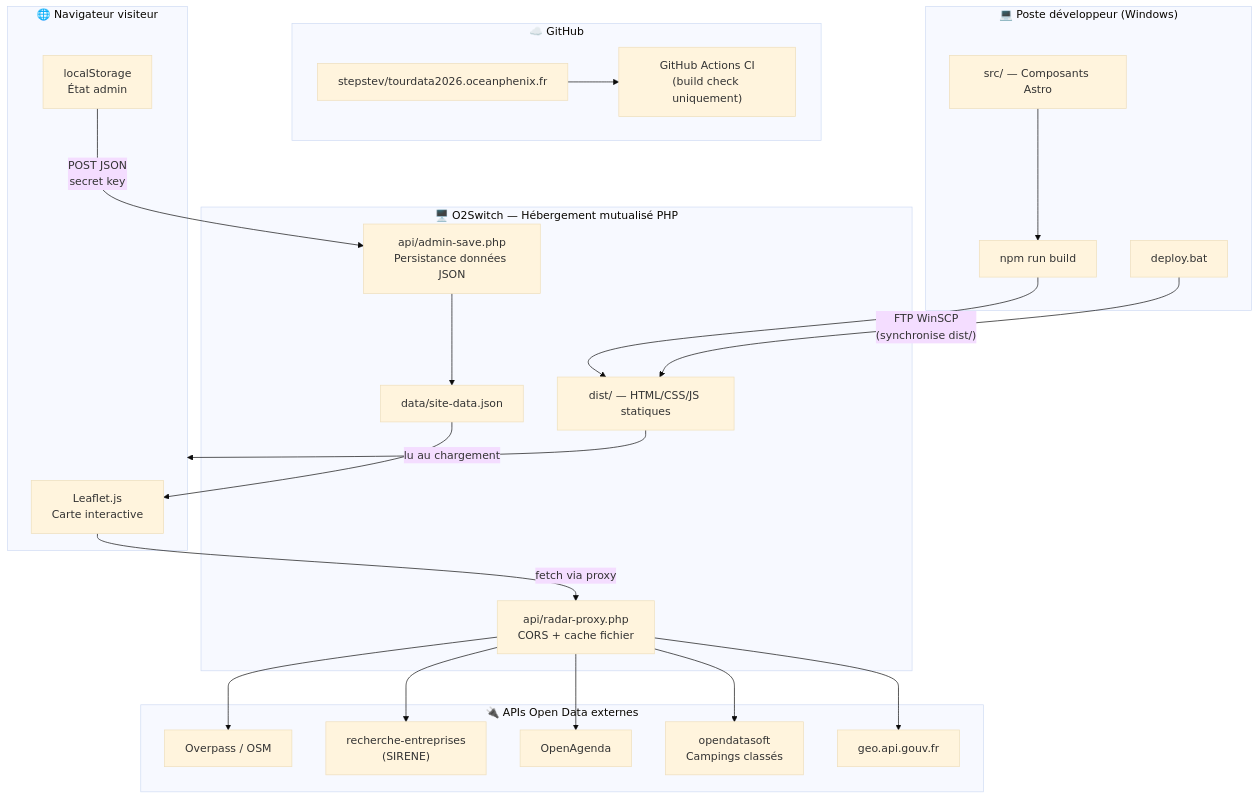
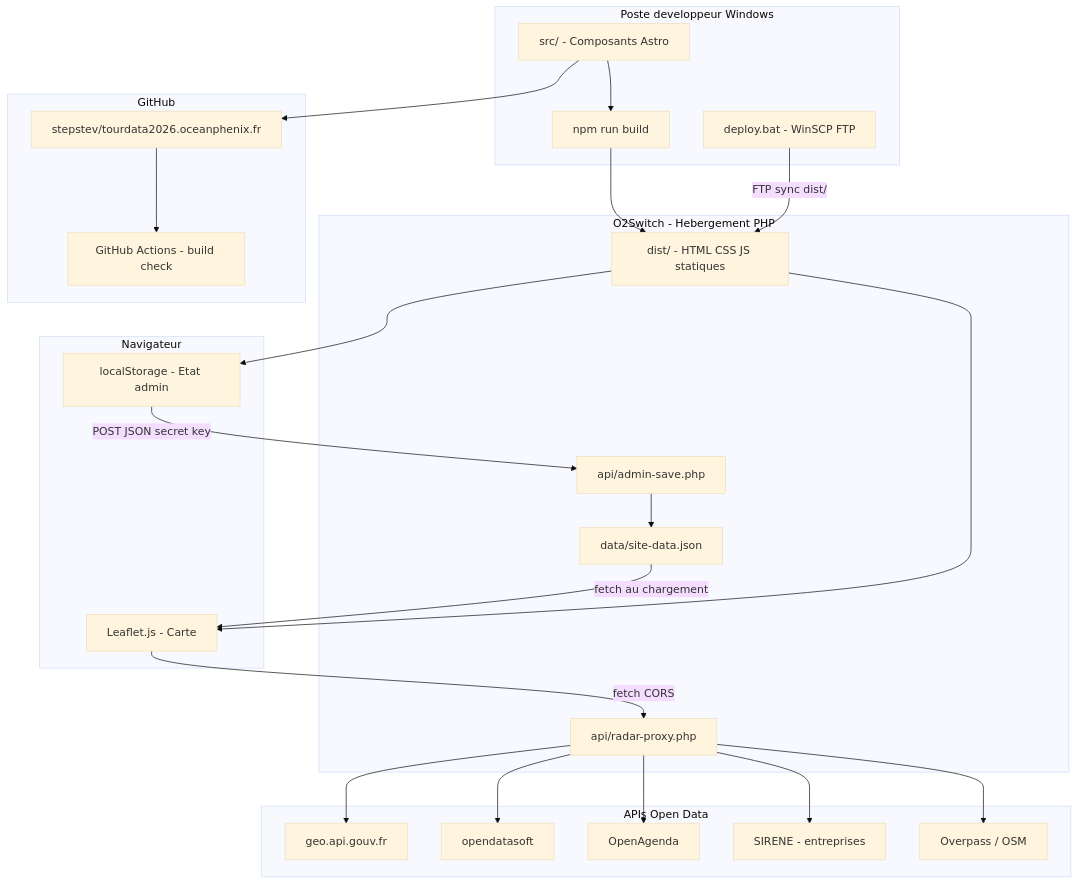
One commit to stepstev/tourdata2026.oceanphenix.fr changed the first of 6 diagrams in README.md. Above: the diagram before and after it, drawn with Mermaid (base theme). The commit also changed other lines of this file, not shown here.

Commit message:
docs: correction erreurs Mermaid (sequenceDiagram accolades, backslash-n, TD conflit, HTML tags, & multi-cible avec label)

````diff
--- a/README.md
+++ b/README.md
@@ -13,45 +13,50 @@
 ```mermaid
 graph TB
-    subgraph DEV["💻 Poste développeur (Windows)"]
-        SRC["src/ — Composants Astro"]
+    subgraph DEV["Poste developpeur Windows"]
+        SRC["src/ - Composants Astro"]
         BUILD["npm run build"]
-        DEPLOYSH["deploy.bat"]
+        BAT["deploy.bat - WinSCP FTP"]
     end
 
-    subgraph GITHUB["☁️ GitHub"]
+    subgraph GH["GitHub"]
         REPO["stepstev/tourdata2026.oceanphenix.fr"]
-        CI["GitHub Actions CI\n(build check uniquement)"]
+        CI["GitHub Actions - build check"]
     end
 
-    subgraph O2SWITCH["🖥️ O2Switch — Hébergement mutualisé PHP"]
-        DIST["dist/ — HTML/CSS/JS statiques"]
-        PHP_PROXY["api/radar-proxy.php\nCORS + cache fichier"]
-        PHP_ADMIN["api/admin-save.php\nPersistance données JSON"]
-        DATA_JSON["data/site-data.json"]
+    subgraph O2["O2Switch - Hebergement PHP"]
+        DIST["dist/ - HTML CSS JS statiques"]
+        PROXY["api/radar-proxy.php"]
+        SAVE["api/admin-save.php"]
+        SDATA["data/site-data.json"]
     end
 
-    subgraph BROWSER["🌐 Navigateur visiteur"]
-        LEAFLET["Leaflet.js\nCarte interactive"]
-        LS["localStorage\nÉtat admin"]
+    subgraph NAV["Navigateur"]
+        LEAF["Leaflet.js - Carte"]
+        LS["localStorage - Etat admin"]
     end
 
-    subgraph APIS["🔌 APIs Open Data externes"]
-        OVERPASS["Overpass / OSM"]
-        SIRENE["recherche-entreprises\n(SIRENE)"]
-        OPENAGENDA["OpenAgenda"]
-        ODS["opendatasoft\nCampings classés"]
+    subgraph APIS["APIs Open Data"]
+        OSM["Overpass / OSM"]
+        SIR["SIRENE - entreprises"]
+        OAG["OpenAgenda"]
+        ODS["opendatasoft"]
         GEO["geo.api.gouv.fr"]
     end
 
     SRC --> BUILD --> DIST
-    DEPLOYSH -->|"FTP WinSCP\n(synchronise dist/)"| DIST
-    REPO --> CI
+    SRC --> REPO --> CI
+    BAT -->|"FTP sync dist/"| DIST
 
-    DIST --> BROWSER
-    LEAFLET -->|"fetch via proxy"| PHP_PROXY
-    PHP_PROXY --> OVERPASS & SIRENE & OPENAGENDA & ODS & GEO
+    DIST --> LEAF
+    DIST --> LS
+    LEAF -->|"fetch CORS"| PROXY
+    PROXY --> OSM
+    PROXY --> SIR
+    PROXY --> OAG
+    PROXY --> ODS
+    PROXY --> GEO
 
-    LS -->|"POST JSON\nsecret key"| PHP_ADMIN
-    PHP_ADMIN --> DATA_JSON
-    DATA_JSON -->|"lu au chargement"| LEAFLET
+    LS -->|"POST JSON secret key"| SAVE
+    SAVE --> SDATA
+    SDATA -->|"fetch au chargement"| LEAF
 ```
````
